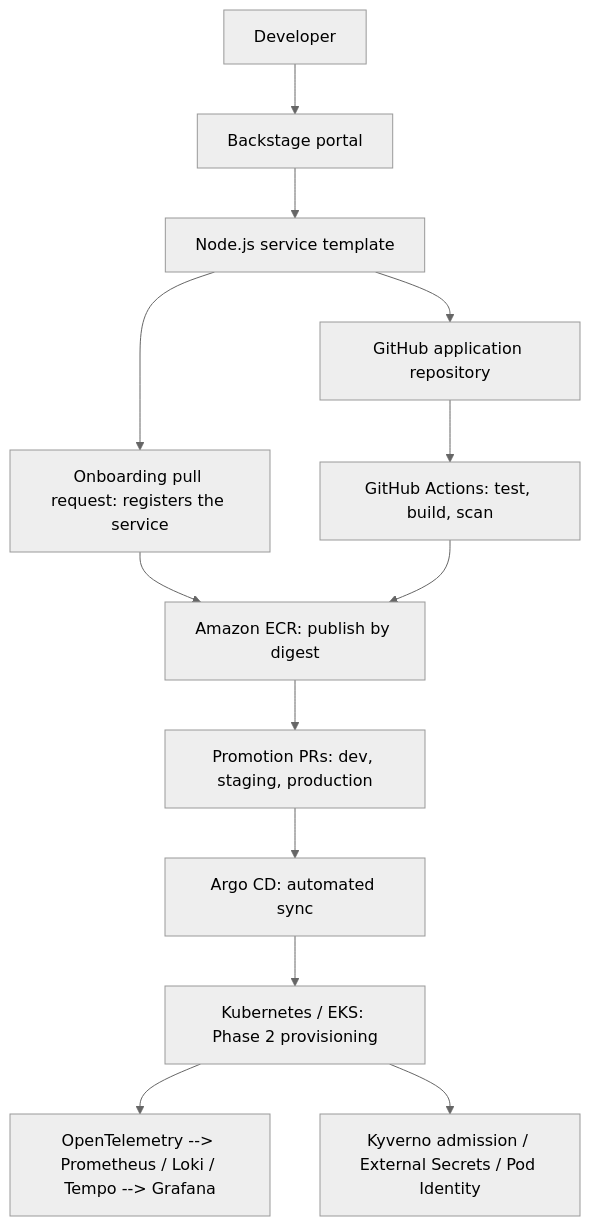
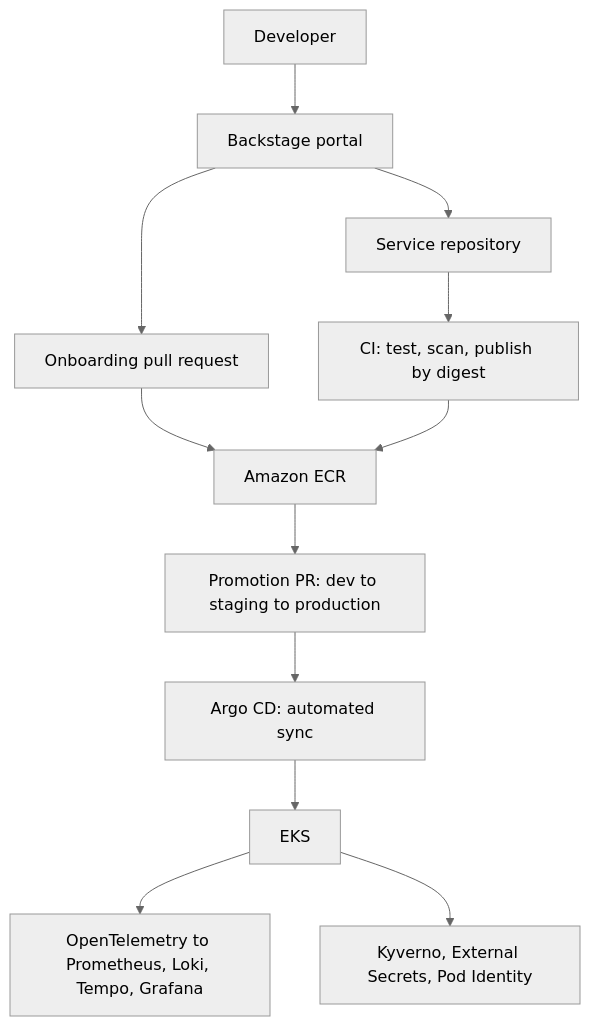
One commit to Audu25/platform-engineering-idp changed the diagram in README.md. Above: the diagram before and after it, drawn with Mermaid (neutral theme). The commit also changed other lines of this file and 1 other file, not shown here.

````diff
--- a/README.md
+++ b/README.md
@@ -22,15 +33,14 @@
 ```mermaid
 flowchart TD
   Developer --> Backstage[Backstage portal]
-  Backstage --> Template[Node.js service template]
-  Template --> Repo[GitHub application repository]
-  Template --> Onboard[Onboarding pull request: registers the service]
-  Onboard --> Registry
-  Repo --> CI[GitHub Actions: test, build, scan]
-  CI --> Registry[Amazon ECR: publish by digest]
-  Registry --> GitOps[Promotion PRs: dev, staging, production]
-  GitOps --> Argo[Argo CD: automated sync]
-  Argo --> EKS[Kubernetes / EKS: Phase 2 provisioning]
-  EKS --> Observability[OpenTelemetry --> Prometheus / Loki / Tempo --> Grafana]
-  EKS --> Security[Kyverno admission / External Secrets / Pod Identity]
+  Backstage --> Repo[Service repository]
+  Backstage --> Onboard[Onboarding pull request]
+  Repo --> CI[CI: test, scan, publish by digest]
+  Onboard --> Registry[Amazon ECR]
+  CI --> Registry
+  Registry --> Promote[Promotion PR: dev to staging to production]
+  Promote --> Argo[Argo CD: automated sync]
+  Argo --> EKS[EKS]
+  EKS --> Observability[OpenTelemetry to Prometheus, Loki, Tempo, Grafana]
+  EKS --> Policy[Kyverno, External Secrets, Pod Identity]
 ```
````
